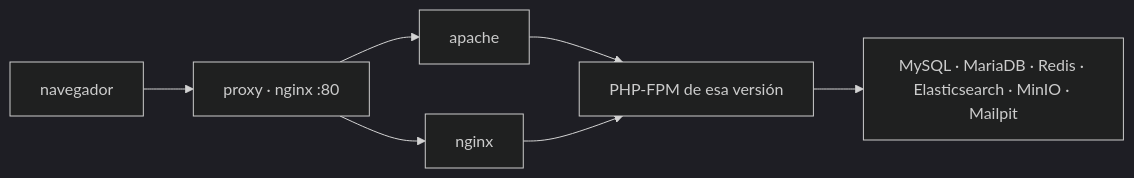
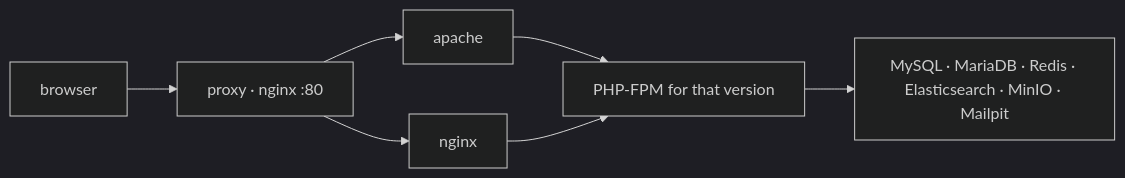
One commit to dieg0v/lar changed the diagram in README.md. Above: the diagram before and after it, drawn with Mermaid (dark theme). The commit also changed other lines of this file and 40 other files, not shown here.

````diff
--- a/README.md
+++ b/README.md
@@ -7,9 +7,9 @@
 ```mermaid
 flowchart LR
-  navegador --> proxy["proxy · nginx :80"]
+  browser --> proxy["proxy · nginx :80"]
   proxy --> apache
   proxy --> nginx
-  apache --> php["PHP-FPM de esa versión"]
+  apache --> php["PHP-FPM for that version"]
   nginx --> php
-  php --> servicios["MySQL · MariaDB · Redis · Elasticsearch · MinIO · Mailpit"]
+  php --> services["MySQL · MariaDB · Redis · Elasticsearch · MinIO · Mailpit"]
 ```
````
